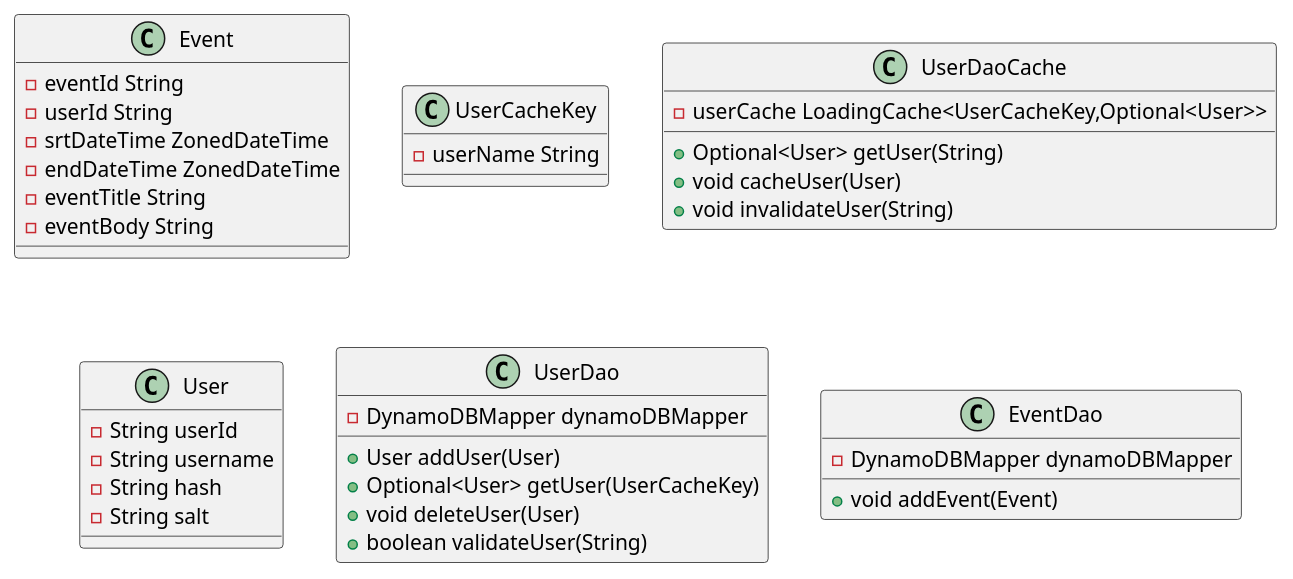
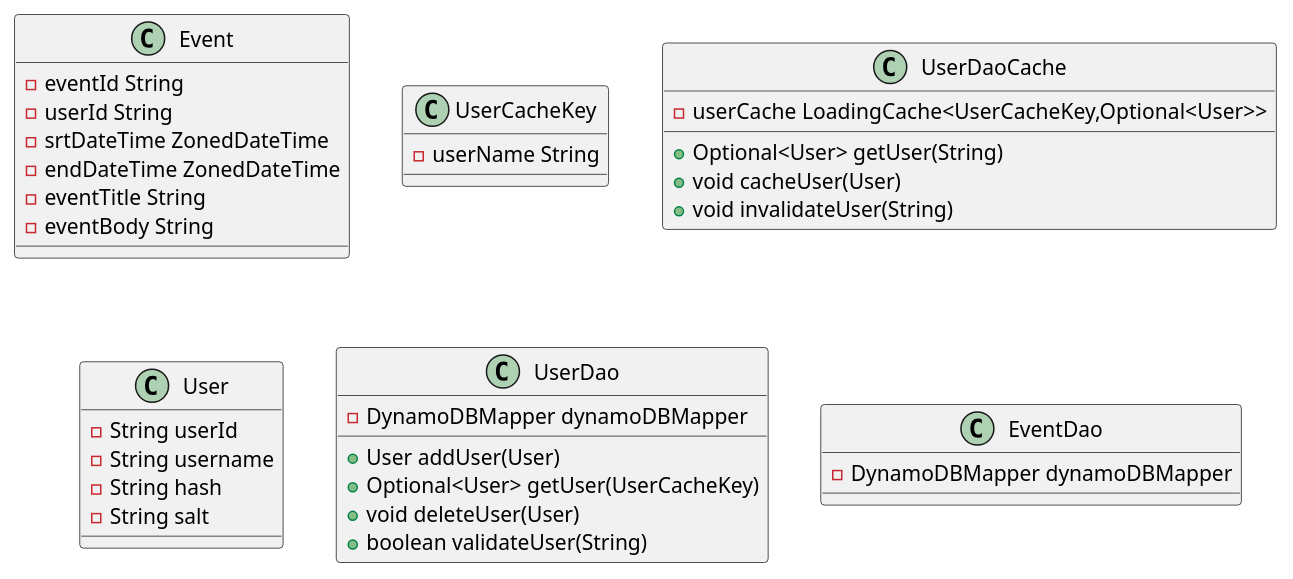
Before and after one commit to willkim76/ProjectCalendarv3.0: the diagram in src/main/resources/User_Events_CD.puml, drawn with PlantUML. The commit also changed 6 other files, not shown here.

```diff
--- a/src/main/resources/User_Events_CD.puml
+++ b/src/main/resources/User_Events_CD.puml
@@ -1,38 +1,37 @@
 @startuml
 class Event {
 - eventId String
 - userId String
 - srtDateTime ZonedDateTime
 - endDateTime ZonedDateTime
 - eventTitle String
 - eventBody String
 }
 
 class UserCacheKey {
 - userName String
 }
 class UserDaoCache {
 - userCache LoadingCache<UserCacheKey,Optional<User>>
 + Optional<User> getUser(String)
 + void cacheUser(User)
 + void invalidateUser(String)
 }
 class User {
 - String userId
 - String username
 - String hash
 - String salt
 }
 class UserDao {
 - DynamoDBMapper dynamoDBMapper
 + User addUser(User)
 + Optional<User> getUser(UserCacheKey)
 + void deleteUser(User)
 + boolean validateUser(String)
 }
 class EventDao {
 - DynamoDBMapper dynamoDBMapper
-+ void addEvent(Event)
 }
 
 @enduml
```
